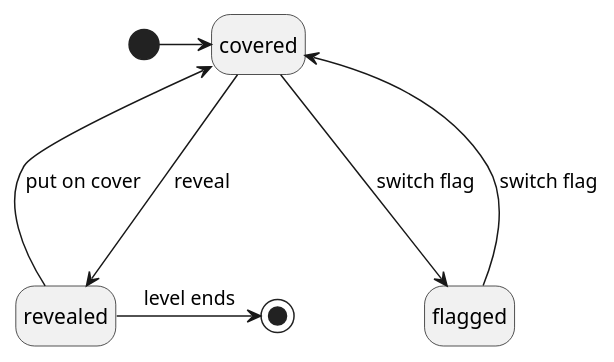
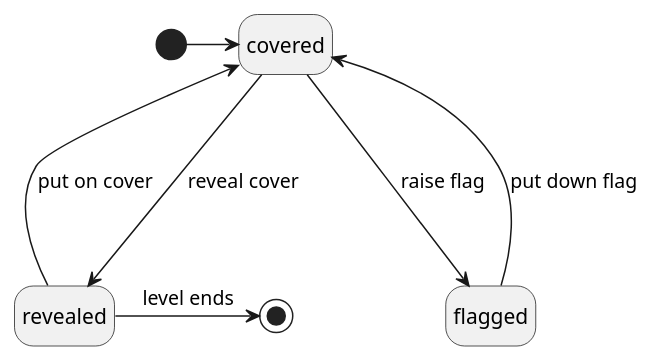
One commit to SnekTech/SnekSweeper changed the diagram in src/SnekSweeper/Diagrams/cell-state.puml. Above: the diagram before and after it, drawn with PlantUML. The commit also changed 9 other files, not shown here.

```diff
--- a/src/SnekSweeper/Diagrams/cell-state.puml
+++ b/src/SnekSweeper/Diagrams/cell-state.puml
@@ -1,19 +1,19 @@
 @startuml
 'https://plantuml.com/state-diagram
 hide empty description
 
 state covered
 state flagged
 state revealed
 
 [*] -> covered
 
-covered ---> flagged : switch flag
-flagged ---> covered : switch flag
+covered ---> flagged : raise flag
+flagged ---> covered : put down flag
 
-covered ---> revealed : reveal
+covered ---> revealed : reveal cover
 revealed ---> covered : put on cover
 
 revealed -> [*] : level ends
 
 @enduml
```
